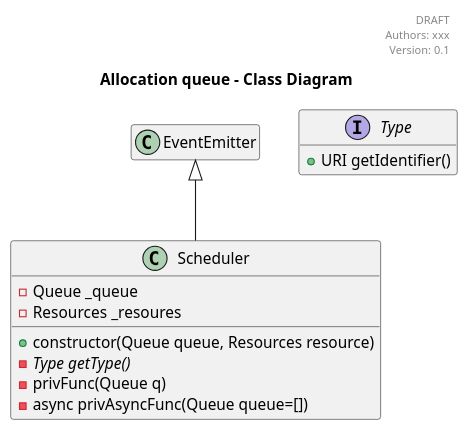
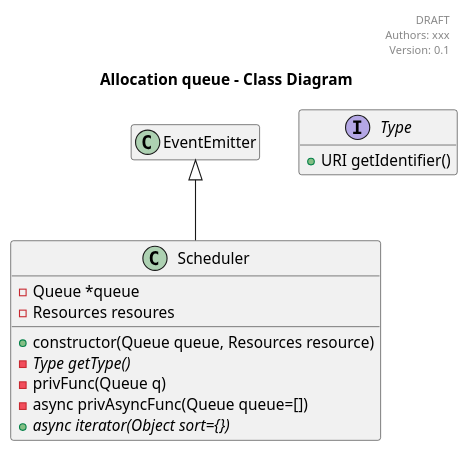
The diagram in examples/sample.puml (jupe/puml2code), drawn with PlantUML before and after one commit. The commit also changed 3 other files, not shown here.

```diff
--- a/examples/sample.puml
+++ b/examples/sample.puml
@@ -1,32 +1,33 @@
 @startuml
 
 header
 DRAFT
 Authors: xxx
 Version: 0.1
 endheader
 
 hide empty members
 
 title Allocation queue - Class Diagram
 
 
 interface Type {
     +URI getIdentifier()
 }
 
 class Scheduler {
     +constructor(Queue queue, Resources resource)
     -{abstract}Type getType()
     -privFunc(Queue q)
     -async privAsyncFunc(Queue queue=[])
-    -Queue _queue
-    -Resources _resoures
+    +{abstract} async iterator(Object sort={})
+    -Queue *queue
+    -Resources resoures
 }
 
 
 class EventEmitter
 Scheduler -up-|> EventEmitter
 
 
 @enduml
```
